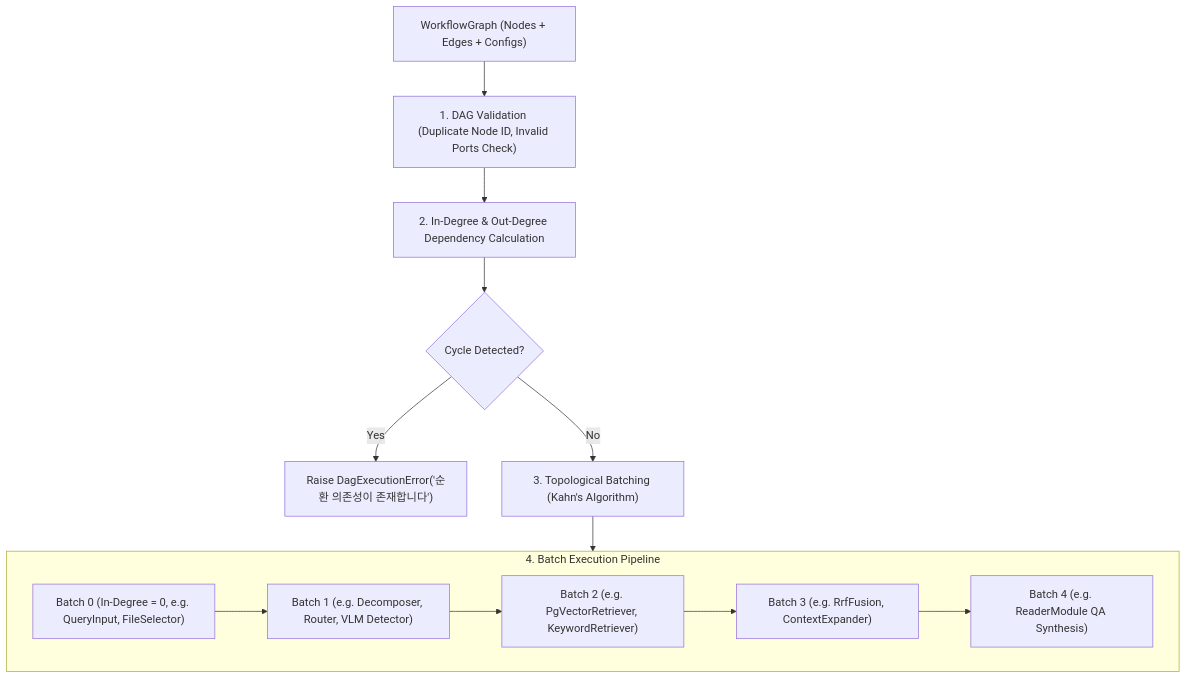
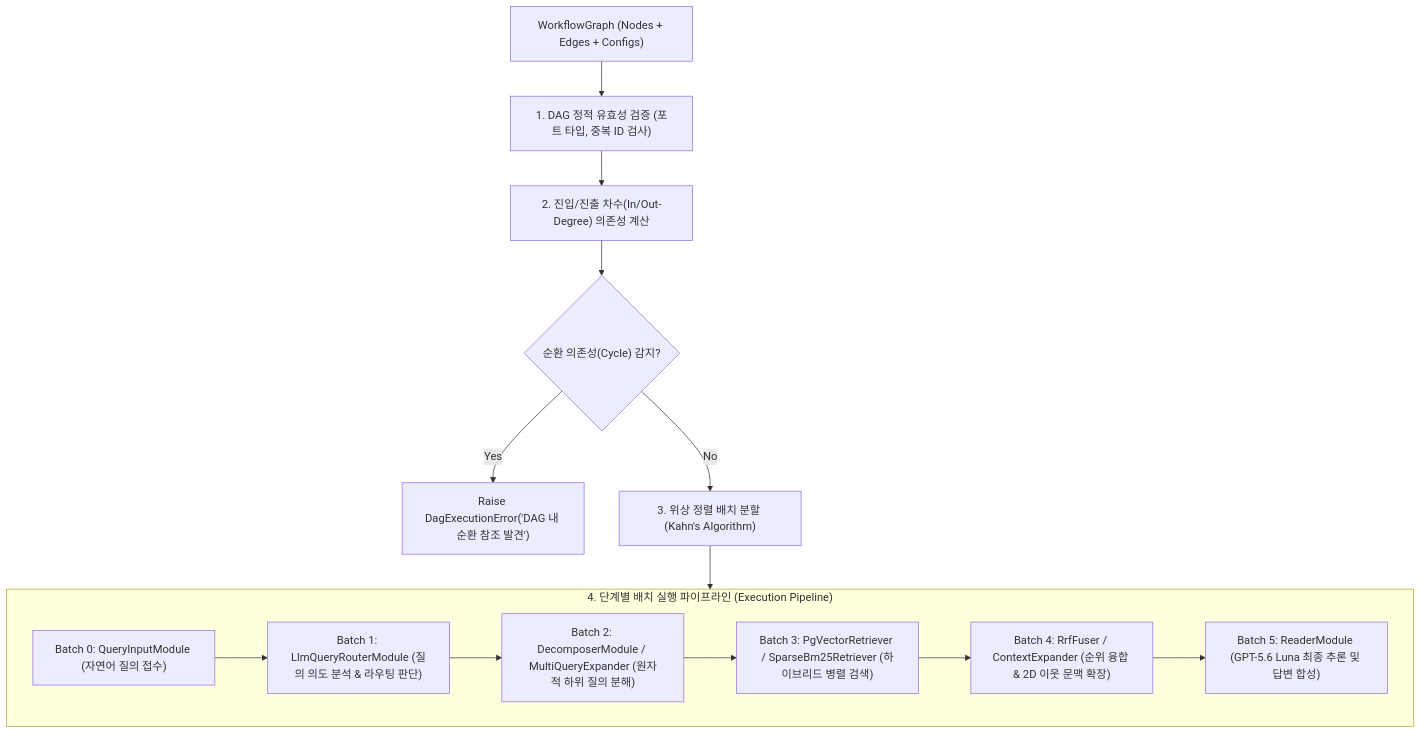
The first of 2 diagrams in docs/03_pipeline_module_blueprints/BP-301_dag_execution_engine.md (bist-mini-final/bist-mini-final), drawn with Mermaid before and after one commit. The commit also changed other lines of this file, not shown here.

Commit message:
docs: insert LlmQueryRouterModule between QueryInput and Decomposer in BP-301 execution flow and edge wiring

````diff
--- a/docs/03_pipeline_module_blueprints/BP-301_dag_execution_engine.md
+++ b/docs/03_pipeline_module_blueprints/BP-301_dag_execution_engine.md
@@ -11,18 +11,20 @@
 ```mermaid
 flowchart TD
-    GRAPH["WorkflowGraph (Nodes + Edges + Configs)"] --> VAL["1. DAG Validation (Duplicate Node ID, Invalid Ports Check)"]
-    VAL --> DEG["2. In-Degree & Out-Degree Dependency Calculation"]
-    DEG --> CYCLE{"Cycle Detected?"}
-    CYCLE -- Yes --> ERR["Raise DagExecutionError('순환 의존성이 존재합니다')"]
-    CYCLE -- No --> BATCH["3. Topological Batching (Kahn's Algorithm)"]
+    GRAPH["WorkflowGraph (Nodes + Edges + Configs)"] --> VAL["1. DAG 정적 유효성 검증 (포트 타입, 중복 ID 검사)"]
+    VAL --> DEG["2. 진입/진출 차수(In/Out-Degree) 의존성 계산"]
+    DEG --> CYCLE{"순환 의존성(Cycle) 감지?"}
+    CYCLE -- Yes --> ERR["Raise DagExecutionError('DAG 내 순환 참조 발견')"]
+    CYCLE -- No --> BATCH["3. 위상 정렬 배치 분할 (Kahn's Algorithm)"]
     
-    subgraph ExecutionFlow ["4. Batch Execution Pipeline"]
-        B1["Batch 0 (In-Degree = 0, e.g. QueryInput, FileSelector)"]
-        B2["Batch 1 (e.g. Decomposer, Router, VLM Detector)"]
-        B3["Batch 2 (e.g. PgVectorRetriever, KeywordRetriever)"]
-        B4["Batch 3 (e.g. RrfFusion, ContextExpander)"]
-        B5["Batch 4 (e.g. ReaderModule QA Synthesis)"]
-        B1 --> B2 --> B3 --> B4 --> B5
+    subgraph ExecutionFlow ["4. 단계별 배치 실행 파이프라인 (Execution Pipeline)"]
+        B0["Batch 0: QueryInputModule (자연어 질의 접수)"]
+        B1["Batch 1: LlmQueryRouterModule (질의 의도 분석 & 라우팅 판단)"]
+        B2["Batch 2: DecomposerModule / MultiQueryExpander (원자적 하위 질의 분해)"]
+        B3["Batch 3: PgVectorRetriever / SparseBm25Retriever (하이브리드 병렬 검색)"]
+        B4["Batch 4: RrfFuser / ContextExpander (순위 융합 & 2D 이웃 문맥 확장)"]
+        B5["Batch 5: ReaderModule (GPT-5.6 Luna 최종 추론 및 답변 합성)"]
+        
+        B0 --> B1 --> B2 --> B3 --> B4 --> B5
     end
     BATCH --> ExecutionFlow
 ```
````
